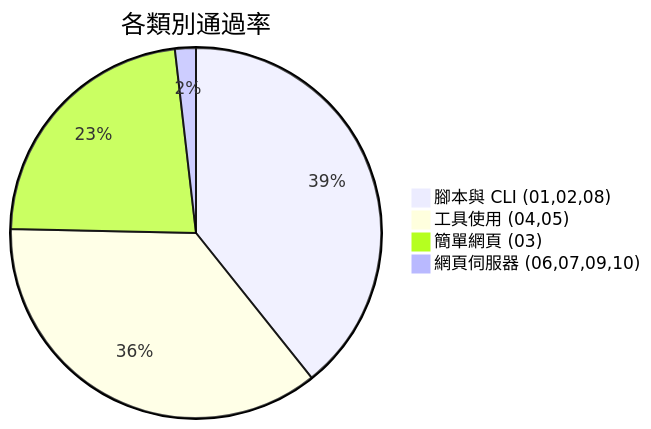
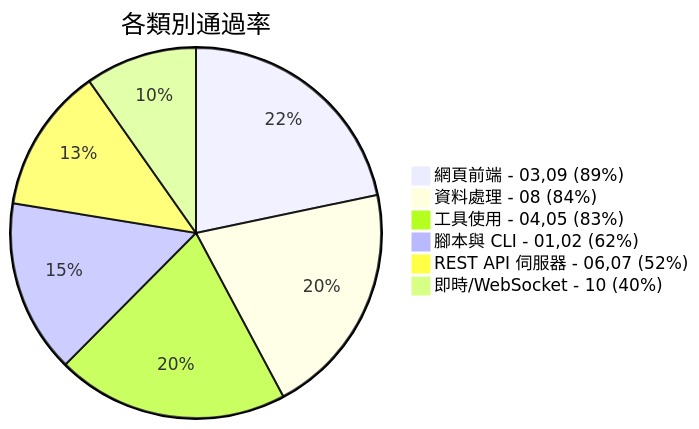
Before and after one commit to ywchiu/local_agentic_llm: the second of 2 diagrams in README_zh.md, drawn with Mermaid. The commit also changed other lines of this file and 1 other file, not shown here.

````diff
--- a/README_zh.md
+++ b/README_zh.md
@@ -96,7 +66,9 @@
 ```mermaid
 pie title 各類別通過率
-    "腳本與 CLI (01,02,08)" : 86
-    "工具使用 (04,05)" : 79
-    "簡單網頁 (03)" : 50
-    "網頁伺服器 (06,07,09,10)" : 4
+    "網頁前端 - 03,09 (89%)" : 89
+    "資料處理 - 08 (84%)" : 84
+    "工具使用 - 04,05 (83%)" : 83
+    "腳本與 CLI - 01,02 (62%)" : 62
+    "REST API 伺服器 - 06,07 (52%)" : 52
+    "即時/WebSocket - 10 (40%)" : 40
 ```
````
